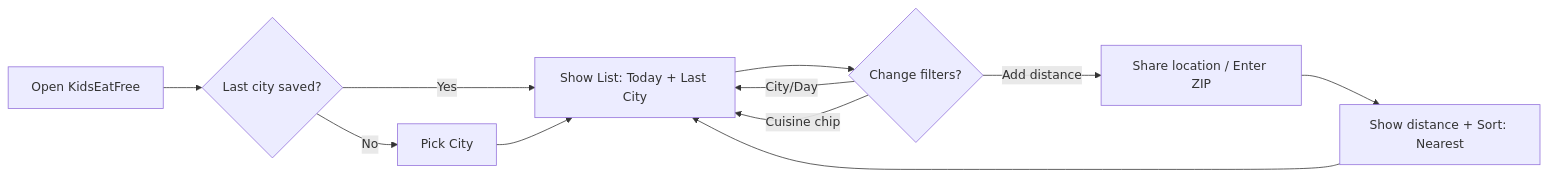
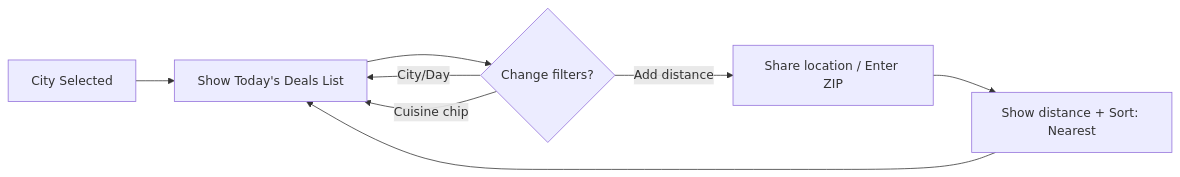
The second of 5 diagrams in .github/copilot-instructions.md (hashimwarren/budgettraid), drawn with Mermaid before and after one commit. The commit also changed other lines of this file, not shown here.

````diff
--- a/.github/copilot-instructions.md
+++ b/.github/copilot-instructions.md
@@ -25,13 +58,10 @@
 ```mermaid
 flowchart LR
-  A[Open KidsEatFree] --> B{Last city saved?}
-  B -- Yes --> C[Show List: Today + Last City]
-  B -- No --> D[Pick City]
-  D --> C
-  C --> E{Change filters?}
-  E -- City/Day --> C
-  E -- Cuisine chip --> C
-  E -- Add distance --> F[Share location / Enter ZIP]
-  F --> G[Show distance + Sort: Nearest]
-  G --> C
+  A[City Selected] --> B[Show Today's Deals List]
+  B --> C{Change filters?}
+  C -- City/Day --> B
+  C -- Cuisine chip --> B
+  C -- Add distance --> D[Share location / Enter ZIP]
+  D --> E[Show distance + Sort: Nearest]
+  E --> B
 ```
````
